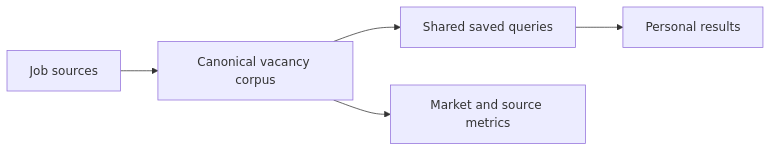
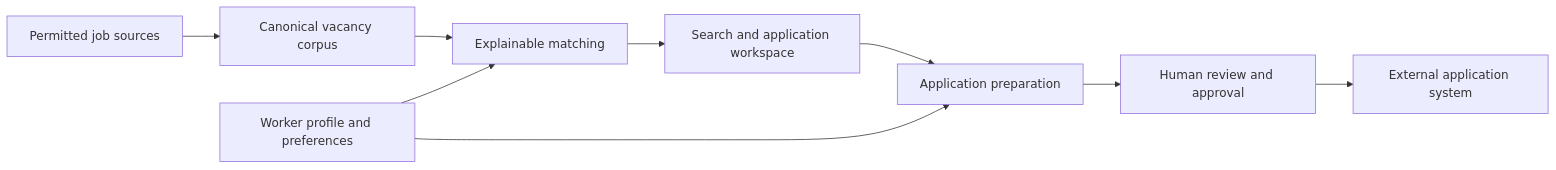
The diagram in docs/internal/product/vision.md (phibkro/job-application-assistant), drawn with Mermaid before and after one commit. The commit also changed other lines of this file and 109 other files, not shown here.

Commit message:
app: stabilize Saved workspace and NAV ingestion

````diff
--- a/docs/internal/product/vision.md
+++ b/docs/internal/product/vision.md
@@ -11,7 +30,11 @@
 ```mermaid
 flowchart LR
-    Sources[Job sources] --> Corpus[Canonical vacancy corpus]
-    Corpus --> Queries[Shared saved queries]
-    Queries --> People[Personal results]
-    Corpus --> Metrics[Market and source metrics]
+    Sources[Permitted job sources] --> Corpus[Canonical vacancy corpus]
+    Profile[Worker profile and preferences] --> Match[Explainable matching]
+    Corpus --> Match
+    Match --> Workspace[Search and application workspace]
+    Workspace --> Prep[Application preparation]
+    Profile --> Prep
+    Prep --> Approval[Human review and approval]
+    Approval --> ATS[External application system]
 ```
````
